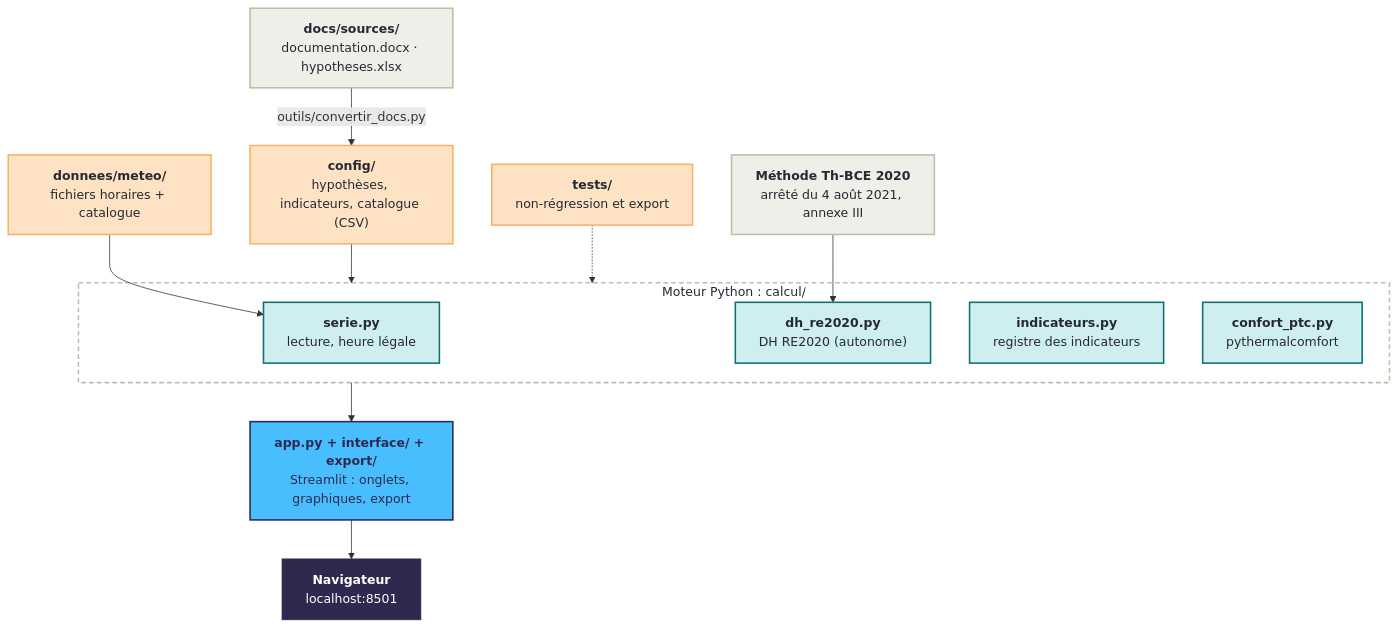
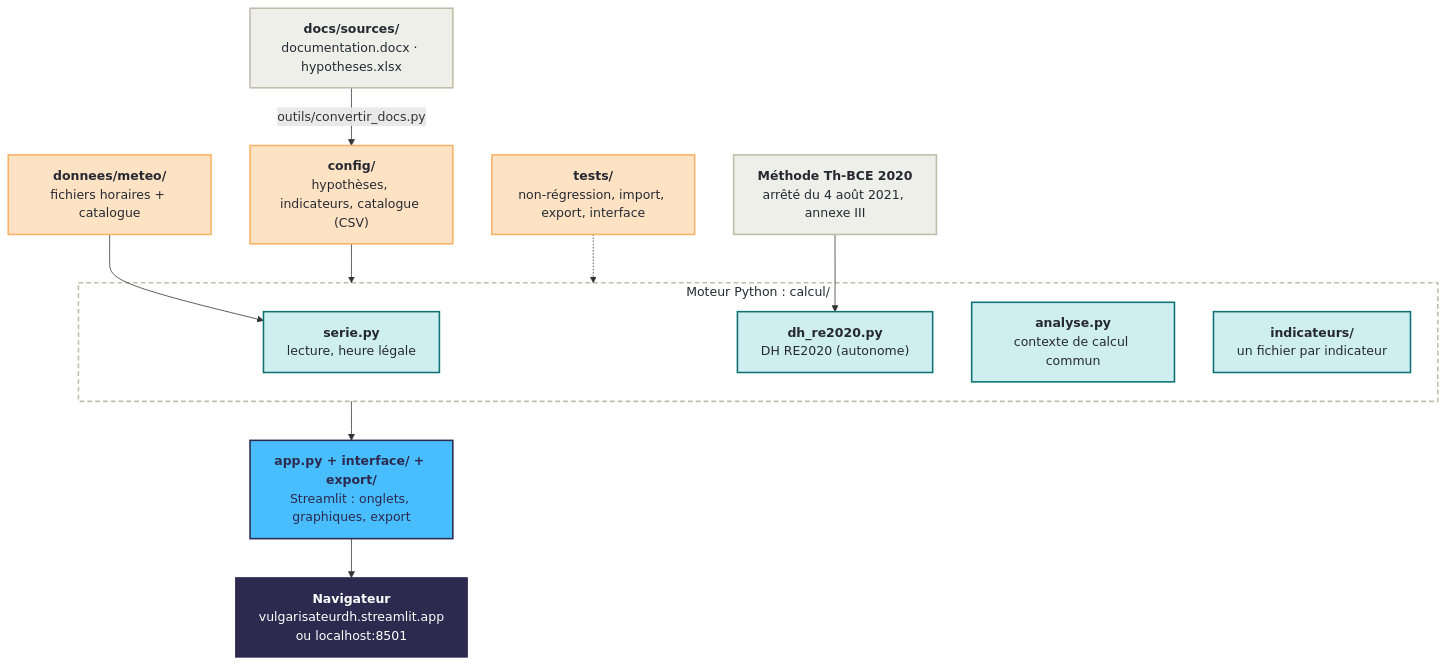
The diagram in README.md (Alliages/vulgarisateur_DH), drawn with Mermaid before and after one commit. The commit also changed other lines of this file and 59 other files, not shown here.

````diff
--- a/README.md
+++ b/README.md
@@ -110,36 +124,36 @@
 ```mermaid
 flowchart TB
     textes["<b>Méthode Th-BCE 2020</b><br/>arrêté du 4 août 2021, annexe III"]
     sources["<b>docs/sources/</b><br/>documentation.docx · hypotheses.xlsx"]
     meteo["<b>donnees/meteo/</b><br/>fichiers horaires + catalogue"]
     config["<b>config/</b><br/>hypothèses, indicateurs, catalogue (CSV)"]
-    tests["<b>tests/</b><br/>non-régression et export"]
+    tests["<b>tests/</b><br/>non-régression, import, export, interface"]
     subgraph moteur["Moteur Python : calcul/"]
         serie["<b>serie.py</b><br/>lecture, heure légale"]
         dh["<b>dh_re2020.py</b><br/>DH RE2020 (autonome)"]
-        indicateurs["<b>indicateurs.py</b><br/>registre des indicateurs"]
-        confort["<b>confort_ptc.py</b><br/>pythermalcomfort"]
+        analyse["<b>analyse.py</b><br/>contexte de calcul commun"]
+        indicateurs["<b>indicateurs/</b><br/>un fichier par indicateur"]
     end
     app["<b>app.py + interface/ + export/</b><br/>Streamlit : onglets, graphiques, export"]
-    navigateur["<b>Navigateur</b><br/>localhost:8501"]
+    navigateur["<b>Navigateur</b><br/>vulgarisateurdh.streamlit.app<br/>ou localhost:8501"]
 
     textes --> dh
     sources -- "outils/convertir_docs.py" --> config
     meteo --> serie
     config --> moteur
     tests -.-> moteur
     moteur --> app
     app --> navigateur
 
     classDef source fill:#efefea,stroke:#bdbea9,stroke-width:2px,color:#272932
     classDef donnee fill:#fde3c4,stroke:#f7b267,stroke-width:2px,color:#272932
     classDef code fill:#cfeef0,stroke:#0f7173,stroke-width:2px,color:#272932
     classDef ecran fill:#48BEFF,stroke:#2e294e,stroke-width:2px,color:#2e294e
     classDef enligne fill:#2e294e,stroke:#2e294e,color:#ffffff
     class textes,sources source
     class meteo,config,tests donnee
-    class serie,dh,indicateurs,confort code
+    class serie,dh,analyse,indicateurs code
     class app ecran
     class navigateur enligne
     style moteur fill:#ffffff,stroke:#bdbea9,stroke-width:2px,stroke-dasharray:6 4,color:#272932
 ```
````
